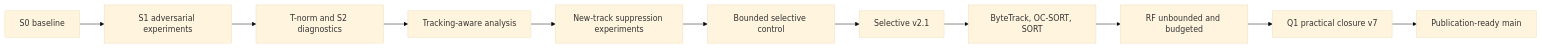
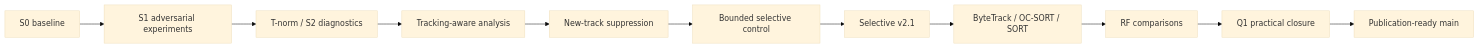
One commit to lebedeffson/Defense4UAVSwarm changed the sixth of 6 diagrams in README.md. Above: the diagram before and after it, drawn with Mermaid (base theme). The commit also changed other lines of this file and 5 other files, not shown here.

````diff
--- a/README.md
+++ b/README.md
@@ -255,13 +278,13 @@
 ```mermaid
 flowchart LR
     A[S0 baseline] --> B[S1 adversarial experiments]
-    B --> C[T-norm and S2 diagnostics]
+    B --> C[T-norm / S2 diagnostics]
     C --> D[Tracking-aware analysis]
-    D --> E[New-track suppression experiments]
+    D --> E[New-track suppression]
     E --> F[Bounded selective control]
     F --> G[Selective v2.1]
-    G --> H[ByteTrack, OC-SORT, SORT]
-    H --> I[RF unbounded and budgeted]
-    I --> J[Q1 practical closure v7]
+    G --> H[ByteTrack / OC-SORT / SORT]
+    H --> I[RF comparisons]
+    I --> J[Q1 practical closure]
     J --> K[Publication-ready main]
 ```
````
